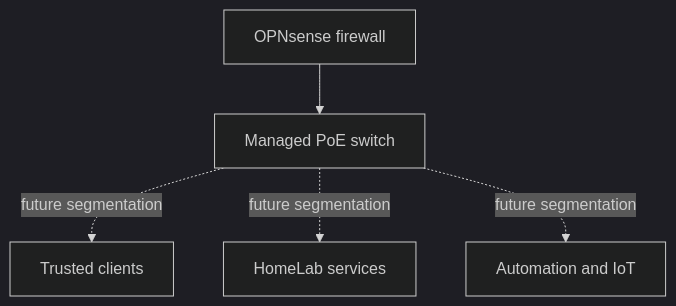
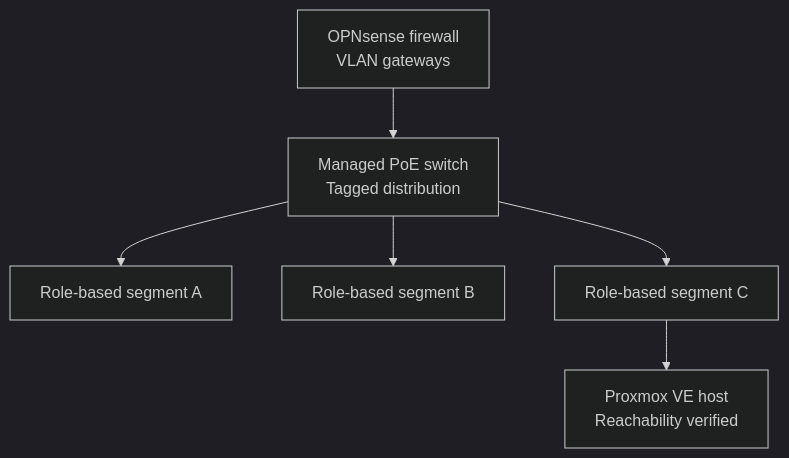
Before and after one commit to DeadPol8789/homelab: the second of 3 diagrams in docs/architecture.md, drawn with Mermaid (dark theme). The commit also changed other lines of this file and 9 other files, not shown here.

````diff
--- a/docs/architecture.md
+++ b/docs/architecture.md
@@ -43,7 +44,8 @@
 ```mermaid
 flowchart TD
-    FW["OPNsense firewall"] --> SW["Managed PoE switch"]
-    SW -. "future segmentation" .-> TRUSTED["Trusted clients"]
-    SW -. "future segmentation" .-> SERVICES["HomeLab services"]
-    SW -. "future segmentation" .-> IOT["Automation and IoT"]
+    FW["OPNsense firewall<br/>VLAN gateways"] --> SW["Managed PoE switch<br/>Tagged distribution"]
+    SW --> SEG_A["Role-based segment A"]
+    SW --> SEG_B["Role-based segment B"]
+    SW --> SEG_C["Role-based segment C"]
+    SEG_C --> PVE["Proxmox VE host<br/>Reachability verified"]
 ```
````
